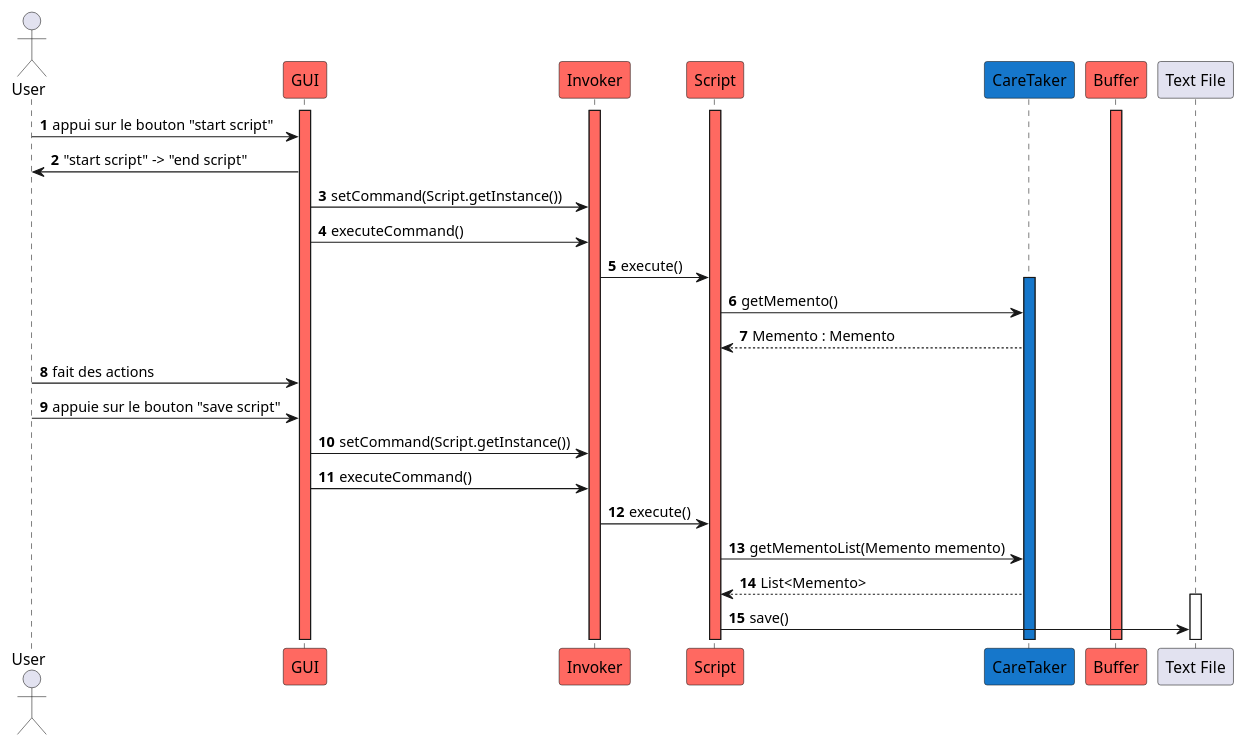
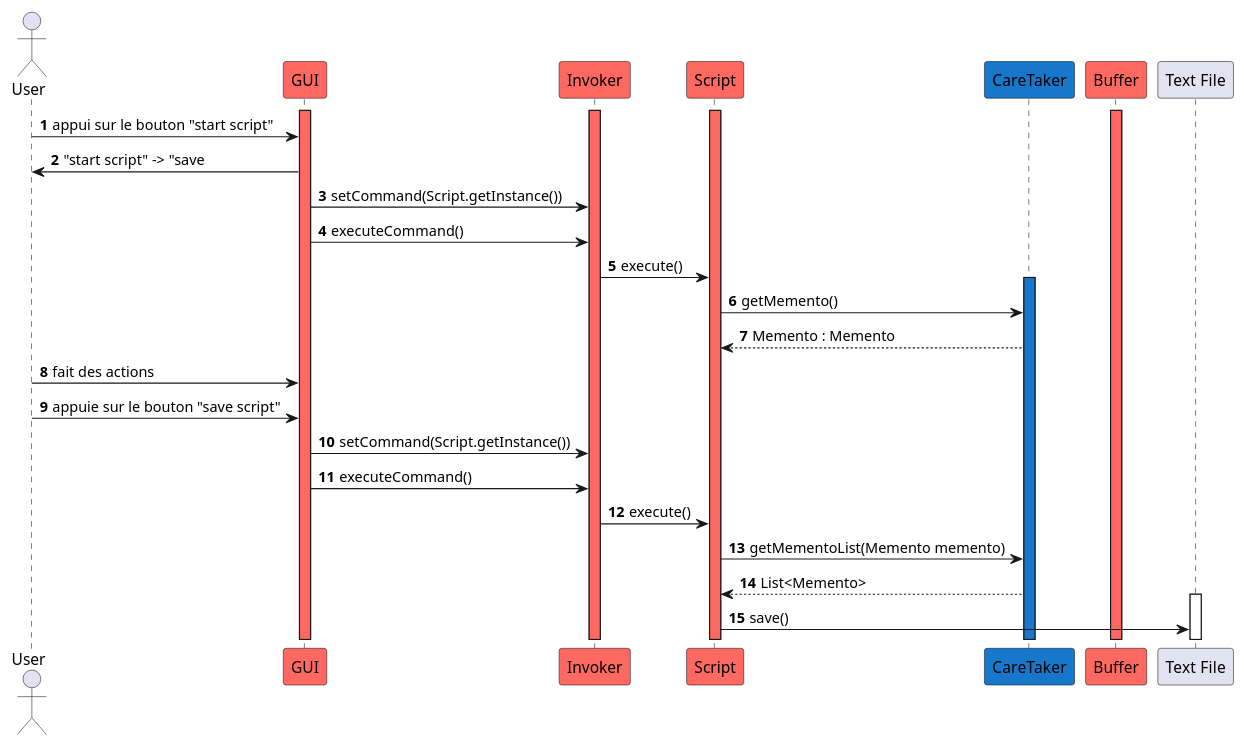
One commit to Camille-Molinier/text-editor changed the diagram in V2/Conception/Sequence_diagrams/Script.puml. Above: the diagram before and after it, drawn with PlantUML. The commit also changed 4 other files, not shown here.

Commit message:
improve diagrams

```diff
--- a/V2/Conception/Sequence_diagrams/Script.puml
+++ b/V2/Conception/Sequence_diagrams/Script.puml
@@ -1,47 +1,47 @@
 @startuml
 'https://plantuml.com/sequence-diagram
 
 autonumber
 
 actor User
 
 participant GUI #ff6961
 participant Invoker #ff6961
 participant Script #ff6961
 participant CareTaker #1677CB
 participant Buffer #ff6961
 
 activate GUI #ff6961
 activate Invoker #ff6961
 activate Script #ff6961
 activate Buffer #ff6961
 
 
 User -> GUI : appui sur le bouton "start script"
-GUI -> User : "start script" -> "end script"
+GUI -> User : "start script" -> "save
 
 GUI -> Invoker : setCommand(Script.getInstance())
 GUI -> Invoker : executeCommand()
 
 Invoker -> Script : execute()
 
 activate CareTaker #1677CB
 
 Script -> CareTaker : getMemento()
 CareTaker --> Script : Memento : Memento
 
 User -> GUI : fait des actions
 User -> GUI : appuie sur le bouton "save script"
 
 GUI -> Invoker : setCommand(Script.getInstance())
 GUI -> Invoker : executeCommand()
 Invoker -> Script : execute()
 
 Script -> CareTaker : getMementoList(Memento memento)
 CareTaker --> Script : List<Memento>
 
 activate "Text File"
 Script -> "Text File" : save()
 
 
 @enduml
```
